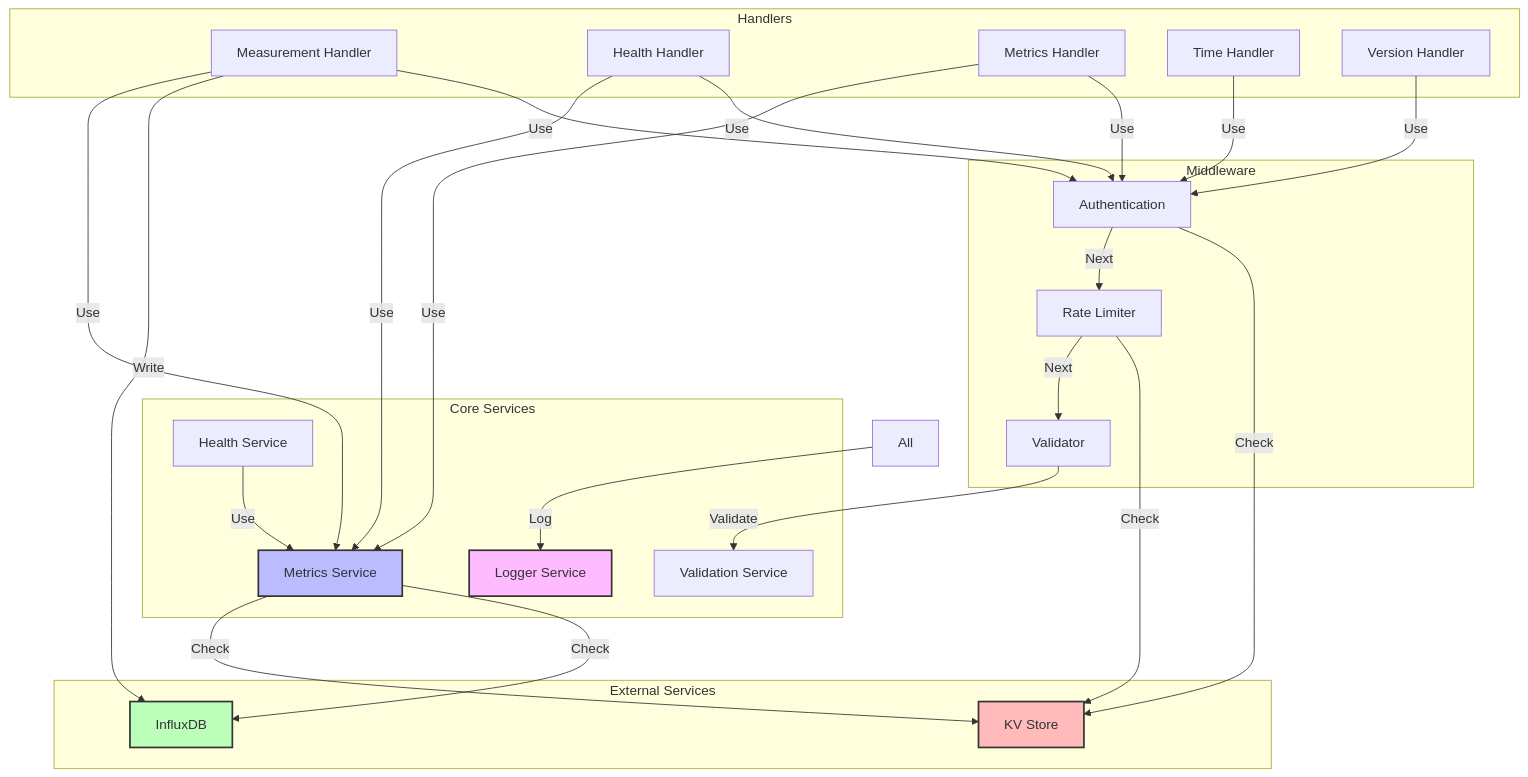
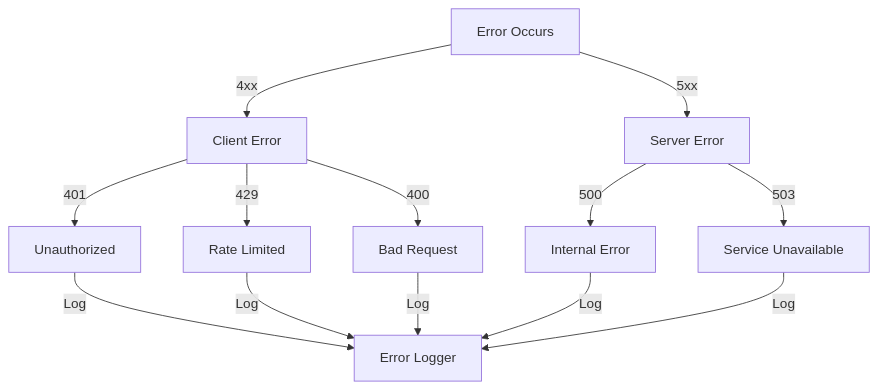
The fourth of 5 diagrams in docs/architecture.md (veilands/cf-learn), drawn with Mermaid before and after one commit. The commit also changed other lines of this file and 4 other files, not shown here.

````diff
--- a/docs/architecture.md
+++ b/docs/architecture.md
@@ -115,48 +102,15 @@
 ```mermaid
 graph TD
-    subgraph External Services
-        IDB[InfluxDB]
-        KV[KV Store]
-    end
-
-    subgraph Core Services
-        MS[Metrics Service]
-        HS[Health Service]
-        LS[Logger Service]
-        VS[Validation Service]
-    end
-
-    subgraph Middleware
-        Auth[Authentication]
-        RL[Rate Limiter]
-        Val[Validator]
-    end
-
-    subgraph Handlers
-        MH[Measurement Handler]
-        HH[Health Handler]
-        MetH[Metrics Handler]
-        TH[Time Handler]
-        VH[Version Handler]
-    end
-
-    MH & MetH & HH & TH & VH -->|Use| Auth
-    Auth -->|Check| KV
-    Auth -->|Next| RL
-    RL -->|Check| KV
-    RL -->|Next| Val
-    Val -->|Validate| VS
-    
-    MH -->|Write| IDB
-    MH & MetH & HH -->|Use| MS
-    MS -->|Check| IDB
-    MS -->|Check| KV
-    HS -->|Use| MS
-    
-    All -->|Log| LS
-
-    style IDB fill:#bfb,stroke:#333,stroke-width:2px
-    style KV fill:#fbb,stroke:#333,stroke-width:2px
-    style MS fill:#bbf,stroke:#333,stroke-width:2px
-    style LS fill:#fbf,stroke:#333,stroke-width:2px
+    Error[Error Occurs] -->|4xx| Client[Client Error]
+    Error -->|5xx| Server[Server Error]
+    Client -->|401| Auth[Unauthorized]
+    Client -->|429| Rate[Rate Limited]
+    Client -->|400| Validation[Bad Request]
+    Server -->|500| Internal[Internal Error]
+    Server -->|503| Service[Service Unavailable]
+    Auth -->|Log| Logger[Error Logger]
+    Rate -->|Log| Logger
+    Validation -->|Log| Logger
+    Internal -->|Log| Logger
+    Service -->|Log| Logger
 ```
````
